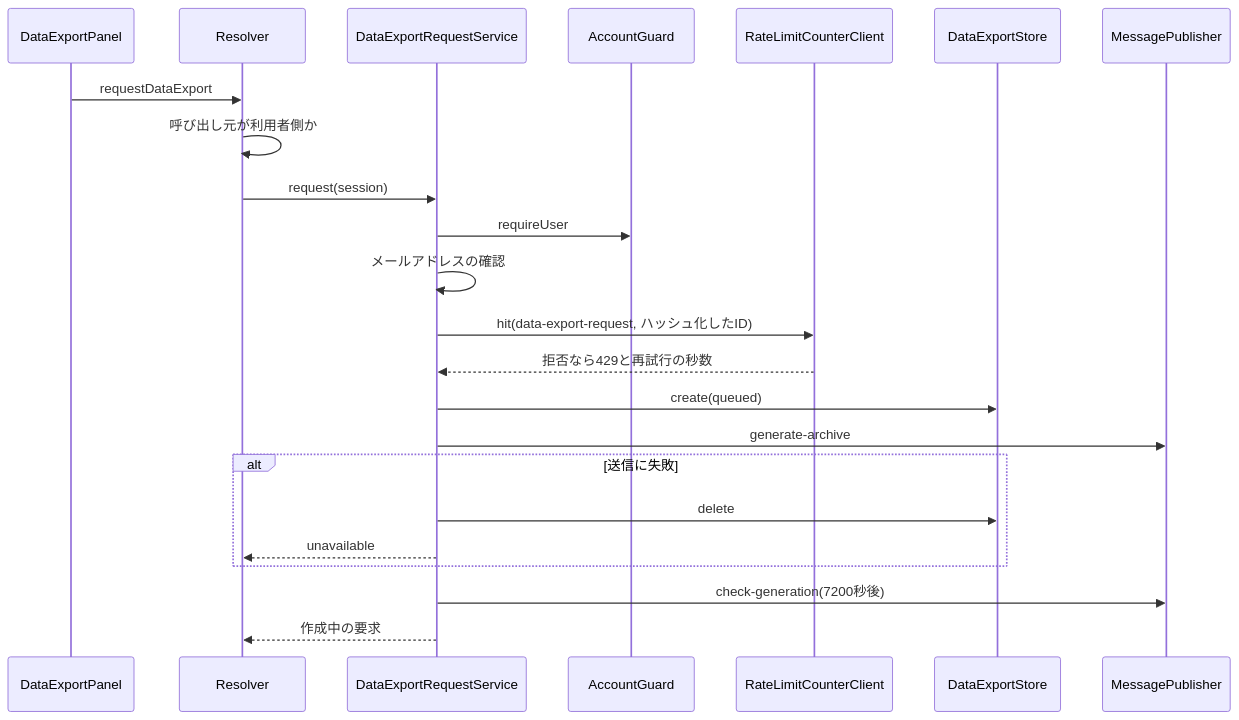
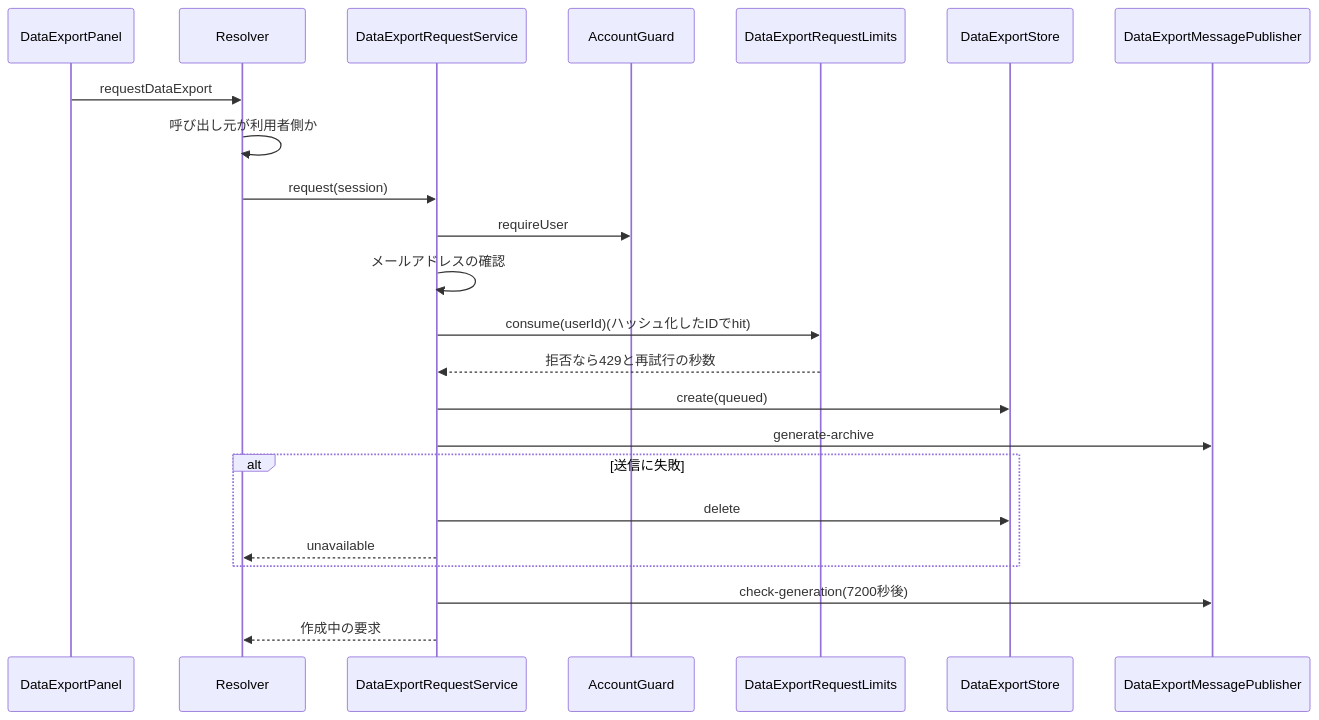
One commit to kurachiweb/genai-example-2-launch-platform changed the second of 5 diagrams in .kiro/specs/data-export/design.md. Above: the diagram before and after it, drawn with Mermaid. The commit also changed other lines of this file and 3 other files, not shown here.

First line of the commit message:
docs(data-export): データエクスポートの契約をcoreへ移し、要求の送信と回数制限をポート経由にする

````diff
--- a/.kiro/specs/data-export/design.md
+++ b/.kiro/specs/data-export/design.md
@@ -300,25 +305,25 @@
 ```mermaid
 sequenceDiagram
     participant P as DataExportPanel
     participant R as Resolver
     participant S as DataExportRequestService
     participant G as AccountGuard
-    participant L as RateLimitCounterClient
+    participant L as DataExportRequestLimits
     participant D as DataExportStore
-    participant M as MessagePublisher
+    participant M as DataExportMessagePublisher
     P->>R: requestDataExport
     R->>R: 呼び出し元が利用者側か
     R->>S: request(session)
     S->>G: requireUser
     S->>S: メールアドレスの確認
-    S->>L: hit(data-export-request, ハッシュ化したID)
+    S->>L: consume(userId)(ハッシュ化したIDでhit)
     L-->>S: 拒否なら429と再試行の秒数
     S->>D: create(queued)
     S->>M: generate-archive
     alt 送信に失敗
         S->>D: delete
         S-->>R: unavailable
     end
     S->>M: check-generation(7200秒後)
     S-->>R: 作成中の要求
 ```
````
